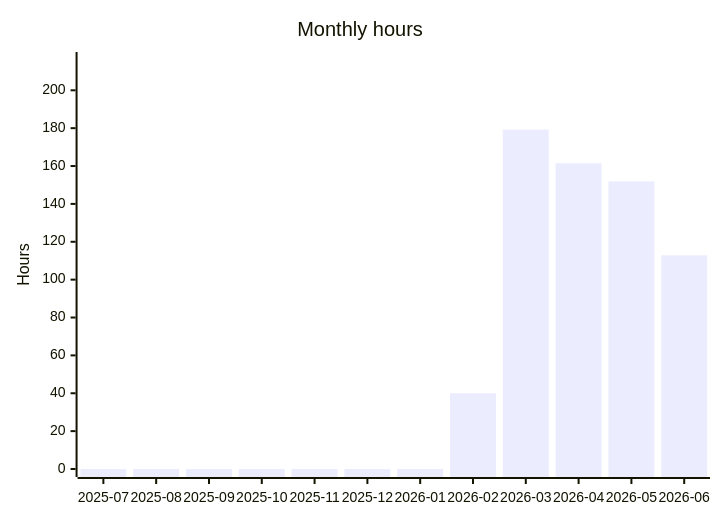
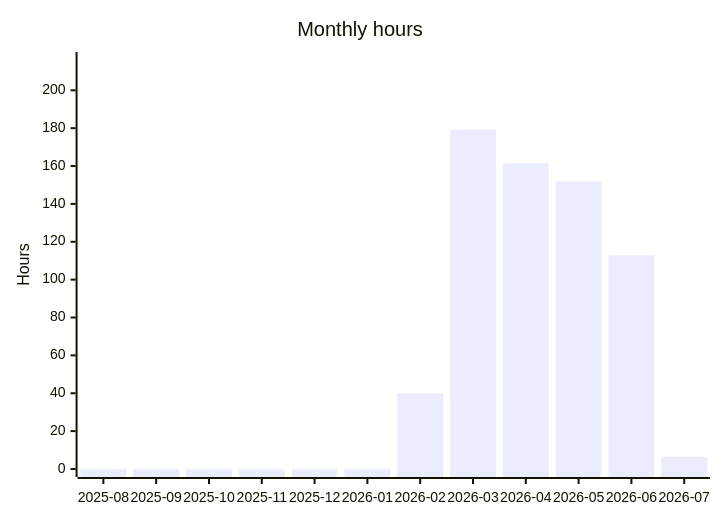
The fourth of 5 diagrams in README.org (albinforsberg-netizen/timeclock), drawn with Mermaid before and after one commit. The commit also changed other lines of this file, not shown here.

```diff
--- a/README.org
+++ b/README.org
@@ -116,7 +116,7 @@
 #+begin_src mermaid
 xychart-beta
     title "Monthly hours"
-    x-axis ["2025-07", "2025-08", "2025-09", "2025-10", "2025-11", "2025-12", "2026-01", "2026-02", "2026-03", "2026-04", "2026-05", "2026-06"]
+    x-axis ["2025-08", "2025-09", "2025-10", "2025-11", "2025-12", "2026-01", "2026-02", "2026-03", "2026-04", "2026-05", "2026-06", "2026-07"]
     y-axis "Hours" 0 --> 216
-    bar [0.00, 0.00, 0.00, 0.00, 0.00, 0.00, 0.00, 40.00, 179.23, 161.48, 151.86, 112.85]
+    bar [0.00, 0.00, 0.00, 0.00, 0.00, 0.00, 40.00, 179.23, 161.48, 151.86, 112.85, 6.52]
 #+end_src
```
